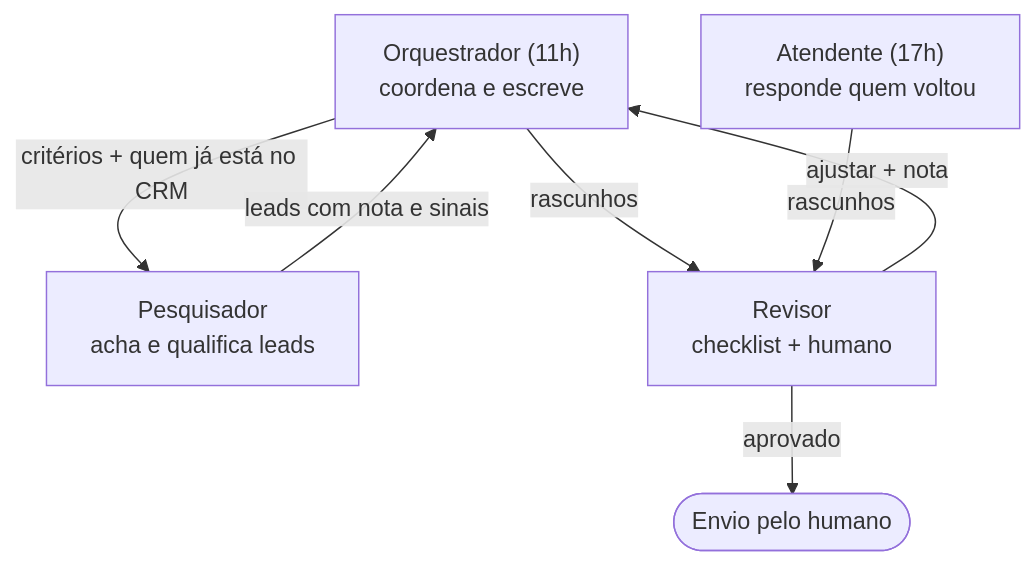
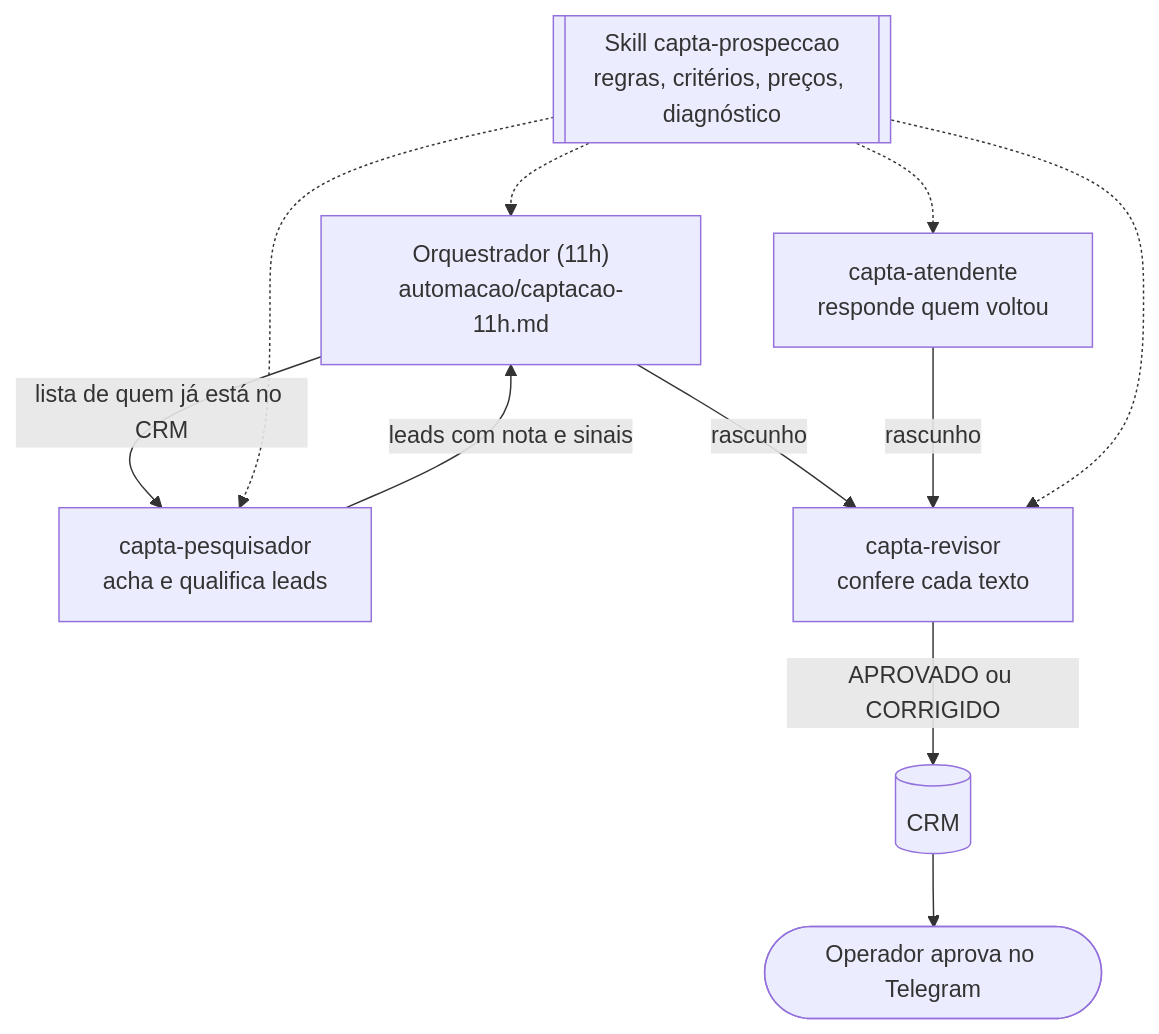
One commit to hmancini777/capta changed the diagram in docs/02-agentes.md. Above: the diagram before and after it, drawn with Mermaid. The commit also changed other lines of this file and 27 other files, not shown here.

````diff
--- a/docs/02-agentes.md
+++ b/docs/02-agentes.md
@@ -10,13 +7,18 @@
 ```mermaid
 flowchart TD
-    O["Orquestrador (11h)<br/>coordena e escreve"]
-    P["Pesquisador<br/>acha e qualifica leads"]
-    A["Atendente (17h)<br/>responde quem voltou"]
-    R["Revisor<br/>checklist + humano"]
-    O -- "critérios + quem já está no CRM" --> P
+    S[["Skill capta-prospeccao<br/>regras, critérios, preços, diagnóstico"]]
+    O["Orquestrador (11h)<br/>automacao/captacao-11h.md"]
+    P["capta-pesquisador<br/>acha e qualifica leads"]
+    A["capta-atendente<br/>responde quem voltou"]
+    R["capta-revisor<br/>confere cada texto"]
+    O -- "lista de quem já está no CRM" --> P
     P -- "leads com nota e sinais" --> O
-    O -- "rascunhos" --> R
-    A -- "rascunhos" --> R
-    R -- "aprovado" --> E(["Envio pelo humano"])
-    R -- "ajustar + nota" --> O
+    O -- "rascunho" --> R
+    A -- "rascunho" --> R
+    R -- "APROVADO ou CORRIGIDO" --> CRM[("CRM")]
+    S -.-> O
+    S -.-> A
+    S -.-> P
+    S -.-> R
+    CRM --> H(["Operador aprova no Telegram"])
 ```
````
